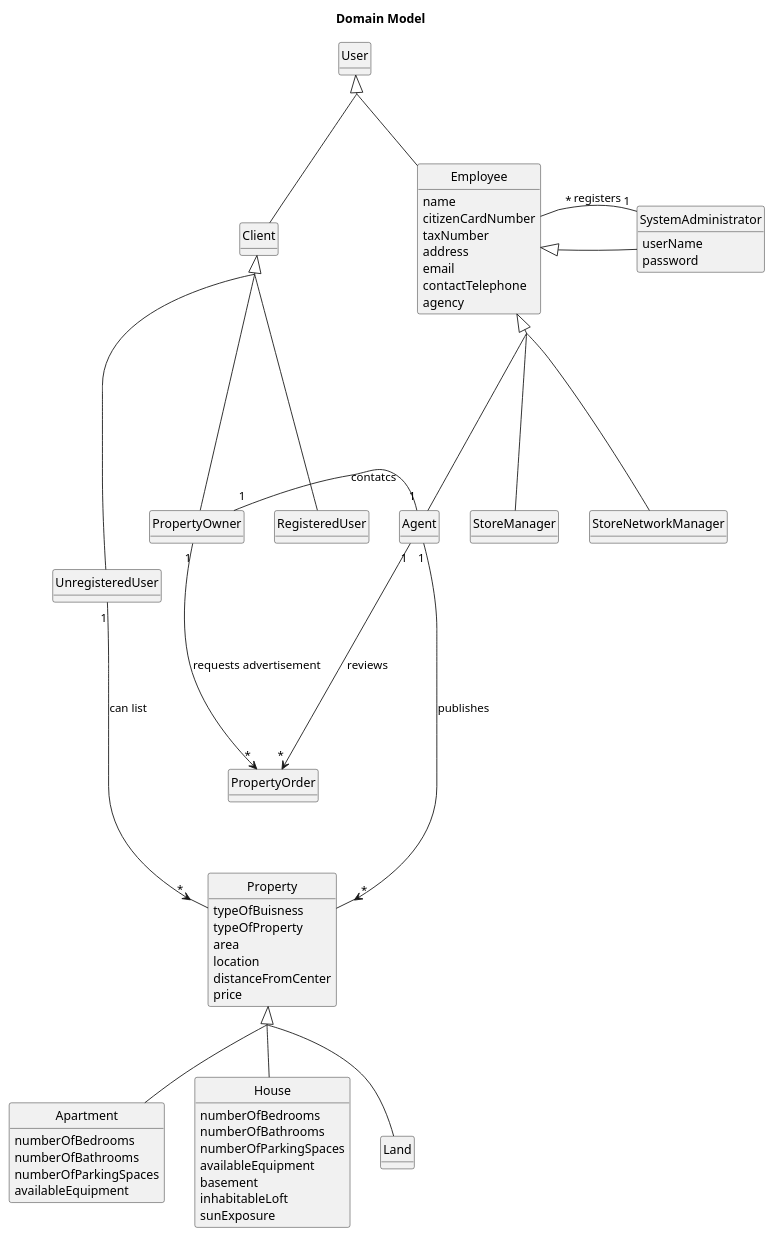
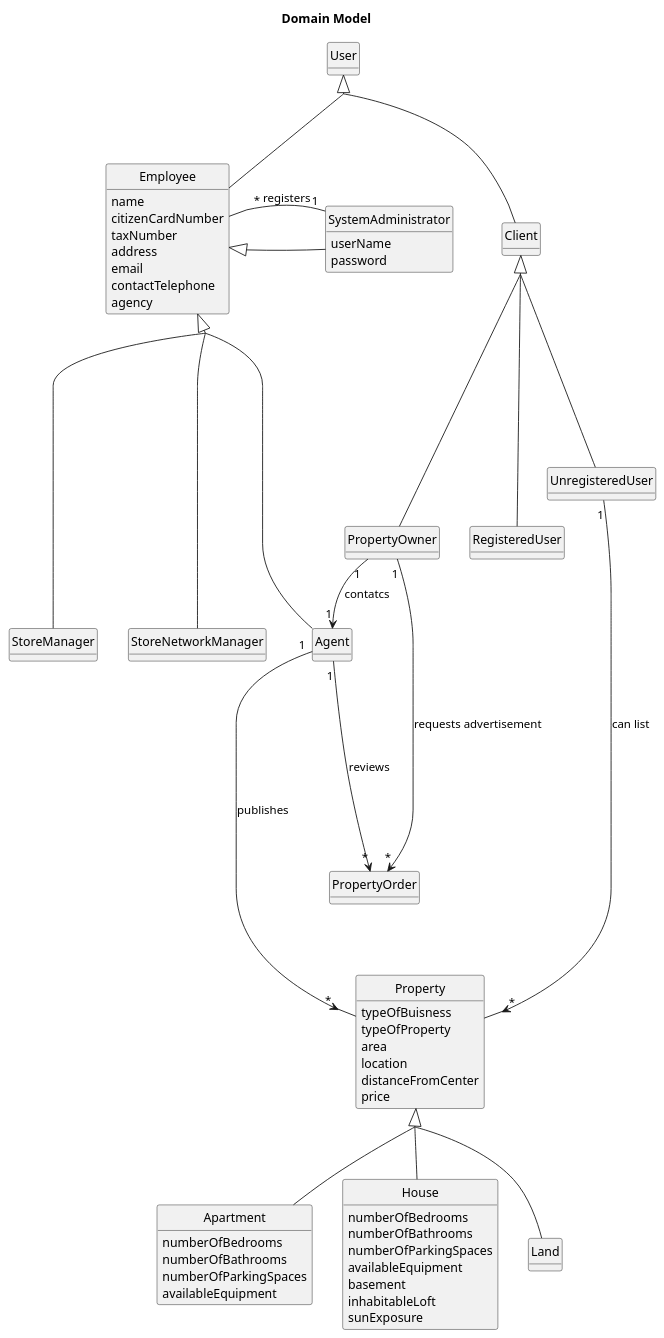
The diagram in docs/sprintA/global-artifacts/02.analysis/puml/project-domain-model-right.puml (Goncalves2525/real-estate-management-system), drawn with PlantUML before and after one commit.

Commit message:
Updated Domain Model

```diff
--- a/docs/sprintA/global-artifacts/02.analysis/puml/project-domain-model-right.puml
+++ b/docs/sprintA/global-artifacts/02.analysis/puml/project-domain-model-right.puml
@@ -1,109 +1,109 @@
 @startuml
 skinparam monochrome true
 skinparam packageStyle rectangle
 skinparam shadowing false
 'skinparam linetype ortho
 skinparam classAttributeIconSize 0
 skinparam groupInheritance 2
 'skinparam linetype polyline
 
 hide circle
 hide methods
 'left to right direction
 title Domain Model
 
 class Client{
 }
 
 class User{
 }
 
 class RegisteredUser{
 }
 
 class UnregisteredUser{
 }
 
 class PropertyOwner{
 }
 
 class Employee{
     name
     citizenCardNumber
     taxNumber
     address
     email
     contactTelephone
     agency
 }
 
 class Agent{
 
 }
 
 class StoreManager{
 }
 
 class StoreNetworkManager{
 }
 
 class SystemAdministrator{
    userName
    password
 }
 
 class PropertyOrder{
 }
 
 class Property{
     typeOfBuisness
     typeOfProperty
     area
     location
     distanceFromCenter
     price
 }
 
 class Apartment{
     numberOfBedrooms
     numberOfBathrooms
     numberOfParkingSpaces
     availableEquipment
 }
 
 class House{
     numberOfBedrooms
     numberOfBathrooms
     numberOfParkingSpaces
     availableEquipment
     basement
     inhabitableLoft
     sunExposure
 }
 
 class Land{
 }
 
 
 SystemAdministrator "1" -left "*" Employee : registers
 PropertyOwner "1" --> "*" PropertyOrder : requests advertisement
-PropertyOwner "1" -right "1" Agent : contatcs
+PropertyOwner "1" --> "1" Agent : contatcs
 Agent "1" ----> "*" PropertyOrder : reviews
 Agent "1" -----> "*" Property : publishes
 UnregisteredUser "1" ---> "*" Property: can list
 
 Client <|---- RegisteredUser
-Client <|---- UnregisteredUser
+Client <|--- UnregisteredUser
 Client <|---- PropertyOwner
 User <|-- Client
 User <|-- Employee
 Employee <|-- Agent
-Employee <|---- StoreManager
-Employee <|---- StoreNetworkManager
+Employee <|----- StoreManager
+Employee <|----- StoreNetworkManager
 Property <|-- House
 Property <|-- Apartment
 Property <|-- Land
 Employee <|-- SystemAdministrator
 
 
 @enduml
```
